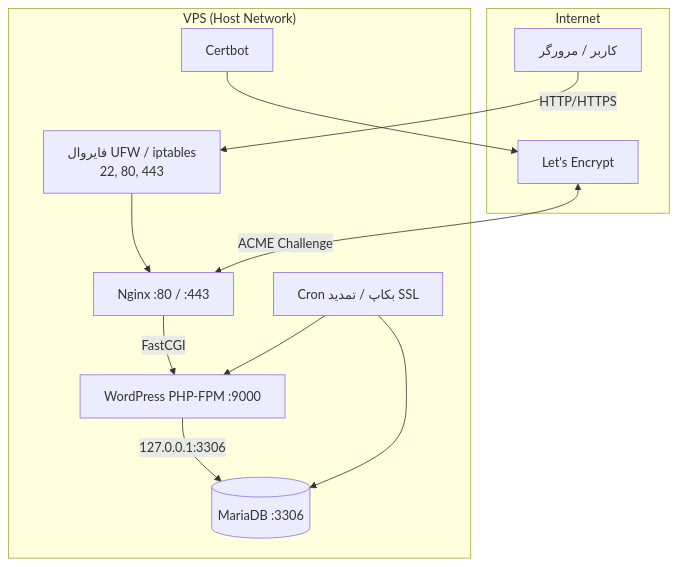
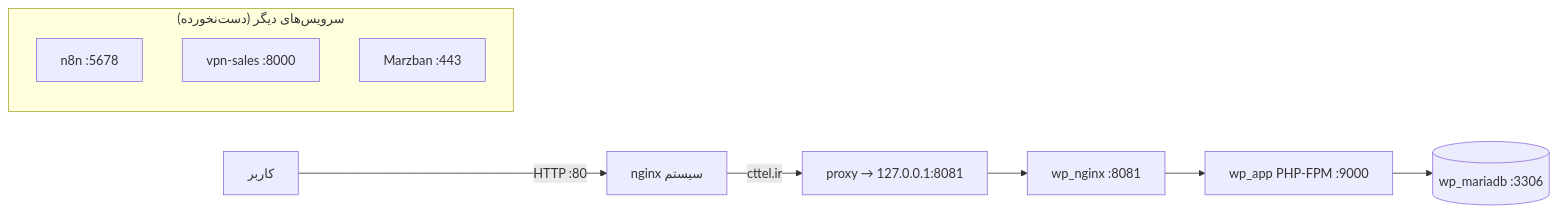
One commit to abdeshahi/cursor-mastery changed the diagram in wordpress/docs/REPORT.fa.md. Above: the diagram before and after it, drawn with Mermaid. The commit also changed other lines of this file, not shown here.

Commit message:
Update REPORT.fa.md with live CTTEL VPS deployment status

````diff
--- a/wordpress/docs/REPORT.fa.md
+++ b/wordpress/docs/REPORT.fa.md
@@ -30,24 +52,14 @@
 ```mermaid
-flowchart TB
-    subgraph Internet
-        User[کاربر / مرورگر]
-        LE[Let's Encrypt]
+flowchart LR
+    User[کاربر] -->|HTTP :80| SysNginx[nginx سیستم]
+    SysNginx -->|cttel.ir| Proxy[proxy → 127.0.0.1:8081]
+    Proxy --> WPNginx[wp_nginx :8081]
+    WPNginx --> FPM[wp_app PHP-FPM :9000]
+    FPM --> DB[(wp_mariadb :3306)]
+
+    subgraph Other["سرویس‌های دیگر (دست‌نخورده)"]
+        N8N[n8n :5678]
+        VPN[vpn-sales :8000]
+        MZ[Marzban :443]
     end
-
-    subgraph VPS["VPS (Host Network)"]
-        FW[فایروال UFW / iptables<br/>22, 80, 443]
-        NG[Nginx :80 / :443]
-        FPM[WordPress PHP-FPM :9000]
-        DB[(MariaDB :3306)]
-        CB[Certbot]
-        CRON[Cron بکاپ / تمدید SSL]
-    end
-
-    User -->|HTTP/HTTPS| FW --> NG
-    NG -->|FastCGI| FPM
-    FPM -->|127.0.0.1:3306| DB
-    LE <-->|ACME Challenge| NG
-    CB --> LE
-    CRON --> DB
-    CRON --> FPM
 ```
````
